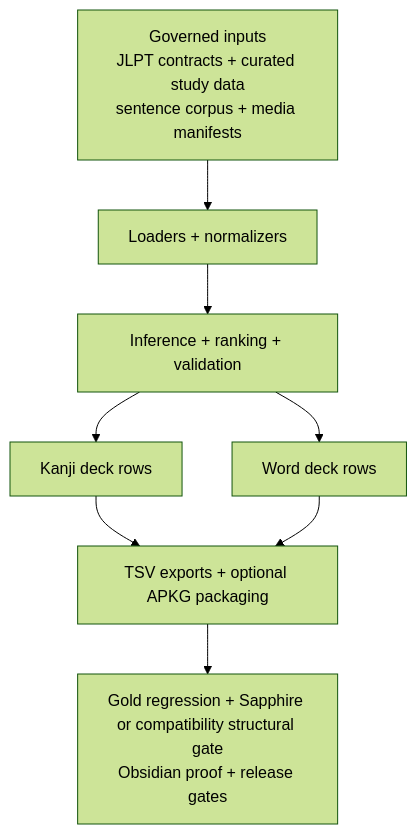
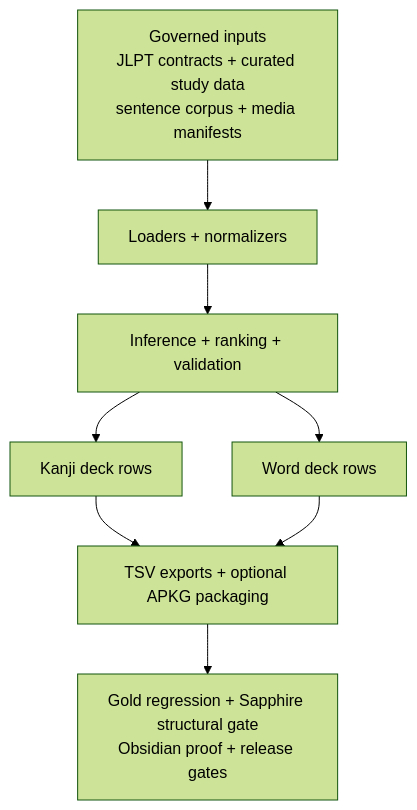
The first of 2 diagrams in README.md (JeremiahM18/japanese-kanji-anki-builder), drawn with Mermaid (forest theme) before and after one commit. The commit also changed other lines of this file and 28 other files, not shown here.

````diff
--- a/README.md
+++ b/README.md
@@ -141,10 +141,10 @@
 ```mermaid
 flowchart TD
     A["Governed inputs<br/>JLPT contracts + curated study data<br/>sentence corpus + media manifests"] --> B["Loaders + normalizers"]
     B --> C["Inference + ranking + validation"]
     C --> D["Kanji deck rows"]
     C --> E["Word deck rows"]
     D --> F["TSV exports + optional APKG packaging"]
     E --> F
-    F --> G["Gold regression + Sapphire or compatibility structural gate<br/>Obsidian proof + release gates"]
+    F --> G["Gold regression + Sapphire structural gate<br/>Obsidian proof + release gates"]
 ```
````
